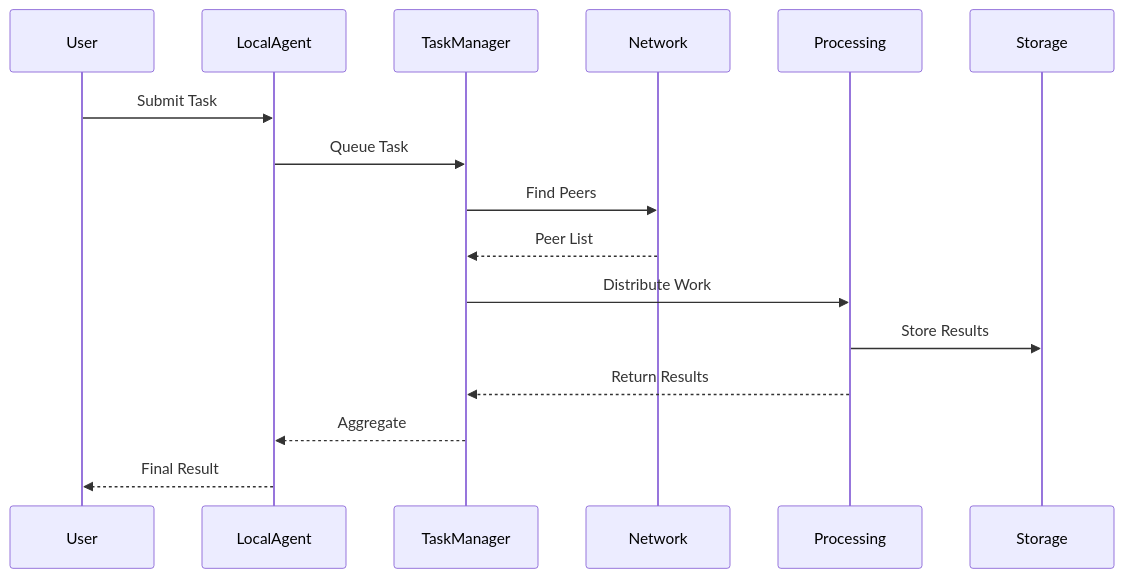
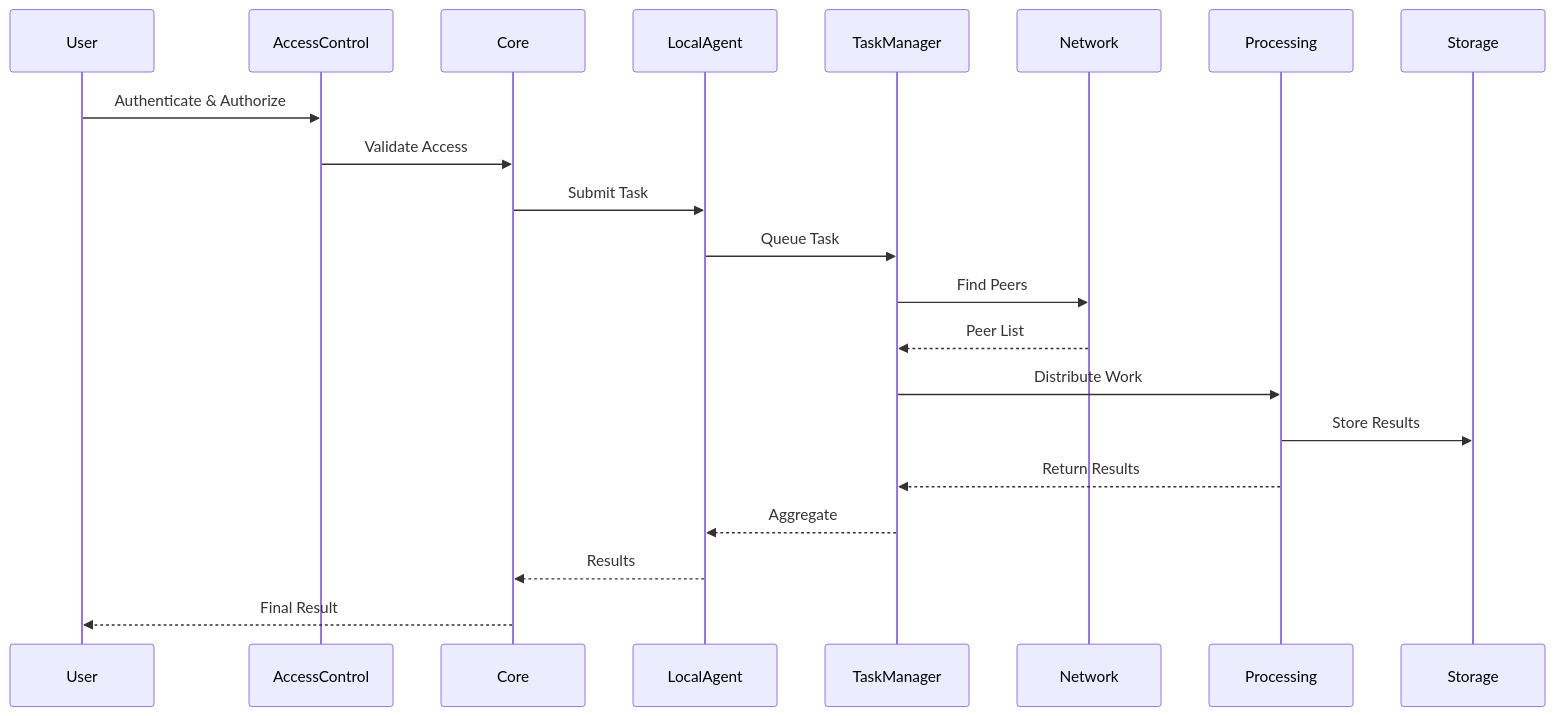
One commit to devicemanager/p2p-ai-agents changed the second of 2 diagrams in docs/architecture/system-overview.md. Above: the diagram before and after it, drawn with Mermaid. The commit also changed other lines of this file and 3 other files, not shown here.

````diff
--- a/docs/architecture/system-overview.md
+++ b/docs/architecture/system-overview.md
@@ -179,19 +212,24 @@
 ```mermaid
 sequenceDiagram
     participant User
+    participant AccessControl
+    participant Core
     participant LocalAgent
     participant TaskManager
     participant Network
     participant Processing
     participant Storage
 
-    User->>LocalAgent: Submit Task
+    User->>AccessControl: Authenticate & Authorize
+    AccessControl->>Core: Validate Access
+    Core->>LocalAgent: Submit Task
     LocalAgent->>TaskManager: Queue Task
     TaskManager->>Network: Find Peers
     Network-->>TaskManager: Peer List
     TaskManager->>Processing: Distribute Work
     Processing->>Storage: Store Results
     Processing-->>TaskManager: Return Results
     TaskManager-->>LocalAgent: Aggregate
-    LocalAgent-->>User: Final Result
+    LocalAgent-->>Core: Results
+    Core-->>User: Final Result
 ```
````
